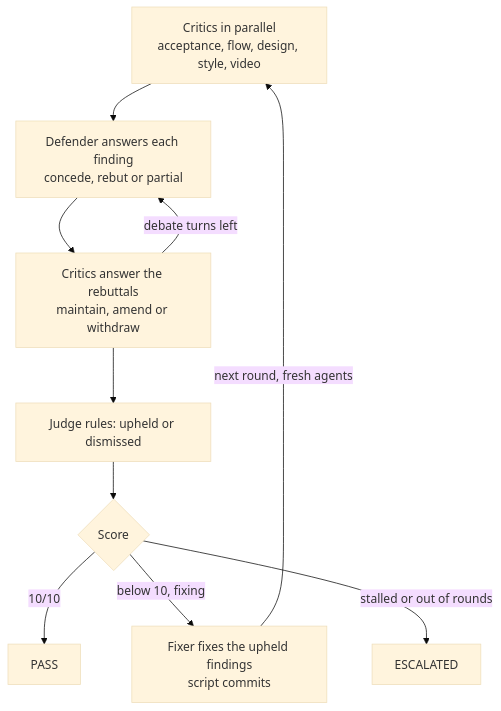
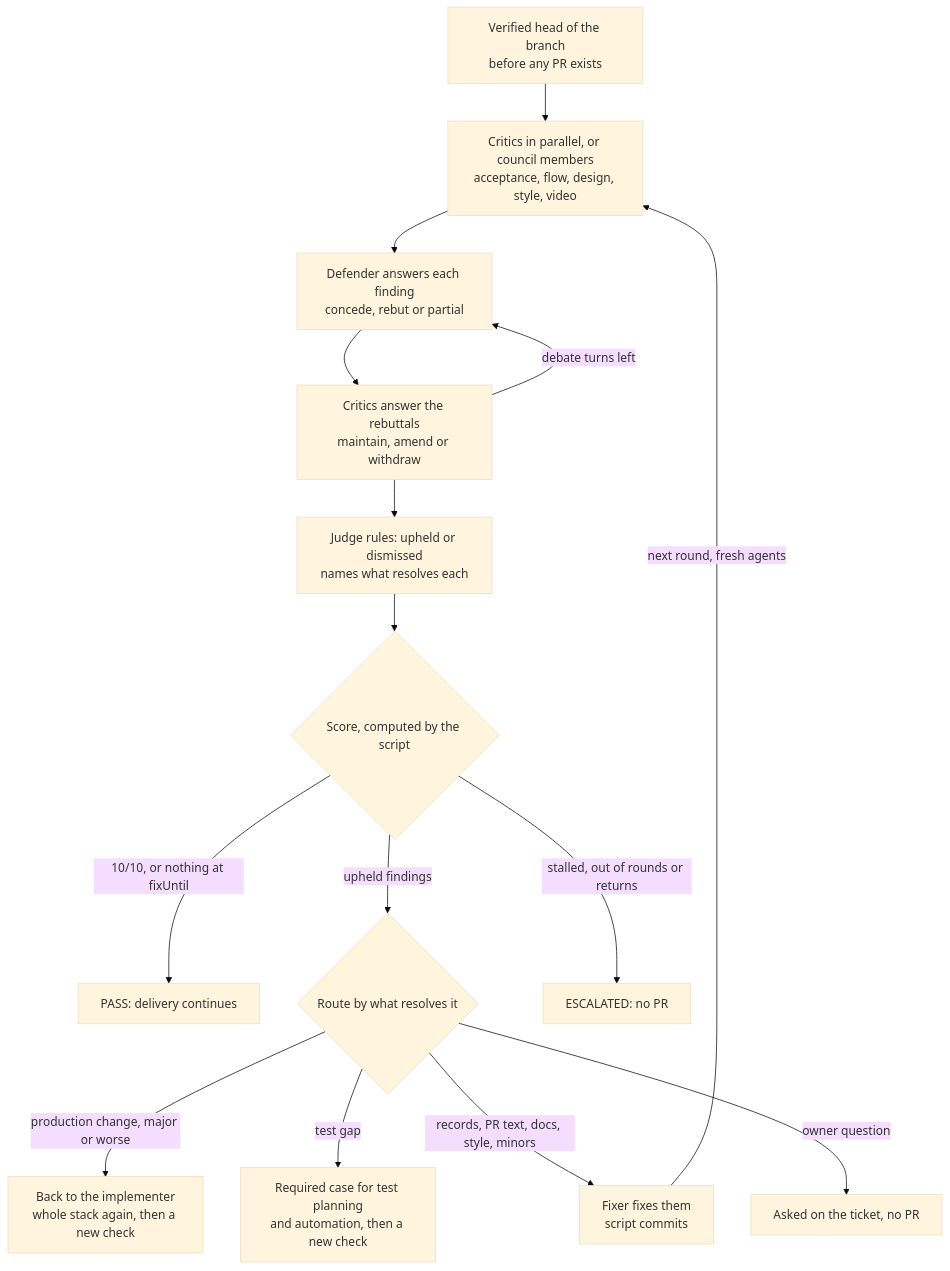
The diagram in docs/ai-pipeline/pr-check.md (armandodollia-slalom/ai-app-factory-public), drawn with Mermaid (base theme) before and after one commit. The commit also changed other lines of this file and 157 other files, not shown here.

````diff
--- a/docs/ai-pipeline/pr-check.md
+++ b/docs/ai-pipeline/pr-check.md
@@ -117,12 +117,17 @@
 ```mermaid
 flowchart TD
-  C[Critics in parallel<br/>acceptance, flow, design, style, video] --> D[Defender answers each finding<br/>concede, rebut or partial]
-  D --> R[Critics answer the rebuttals<br/>maintain, amend or withdraw]
-  R -->|debate turns left| D
-  R --> J[Judge rules: upheld or dismissed]
-  J --> S{Score}
-  S -->|10/10| P[PASS]
-  S -->|below 10, fixing| F[Fixer fixes the upheld findings<br/>script commits]
-  F -->|next round, fresh agents| C
-  S -->|stalled or out of rounds| E[ESCALATED]
+  IN["Verified head of the branch<br/>before any PR exists"] --> C["Critics in parallel, or council members<br/>acceptance, flow, design, style, video"]
+  C --> D["Defender answers each finding<br/>concede, rebut or partial"]
+  D --> R["Critics answer the rebuttals<br/>maintain, amend or withdraw"]
+  R -->|"debate turns left"| D
+  R --> J["Judge rules: upheld or dismissed<br/>names what resolves each"]
+  J --> S{"Score, computed by the script"}
+  S -->|"10/10, or nothing at fixUntil"| P["PASS: delivery continues"]
+  S -->|"upheld findings"| RT{"Route by what resolves it"}
+  RT -->|"production change, major or worse"| IM["Back to the implementer<br/>whole stack again, then a new check"]
+  RT -->|"test gap"| TP["Required case for test planning<br/>and automation, then a new check"]
+  RT -->|"records, PR text, docs, style, minors"| F["Fixer fixes them<br/>script commits"]
+  F -->|"next round, fresh agents"| C
+  RT -->|"owner question"| QQ["Asked on the ticket, no PR"]
+  S -->|"stalled, out of rounds or returns"| E["ESCALATED: no PR"]
 ```
````
